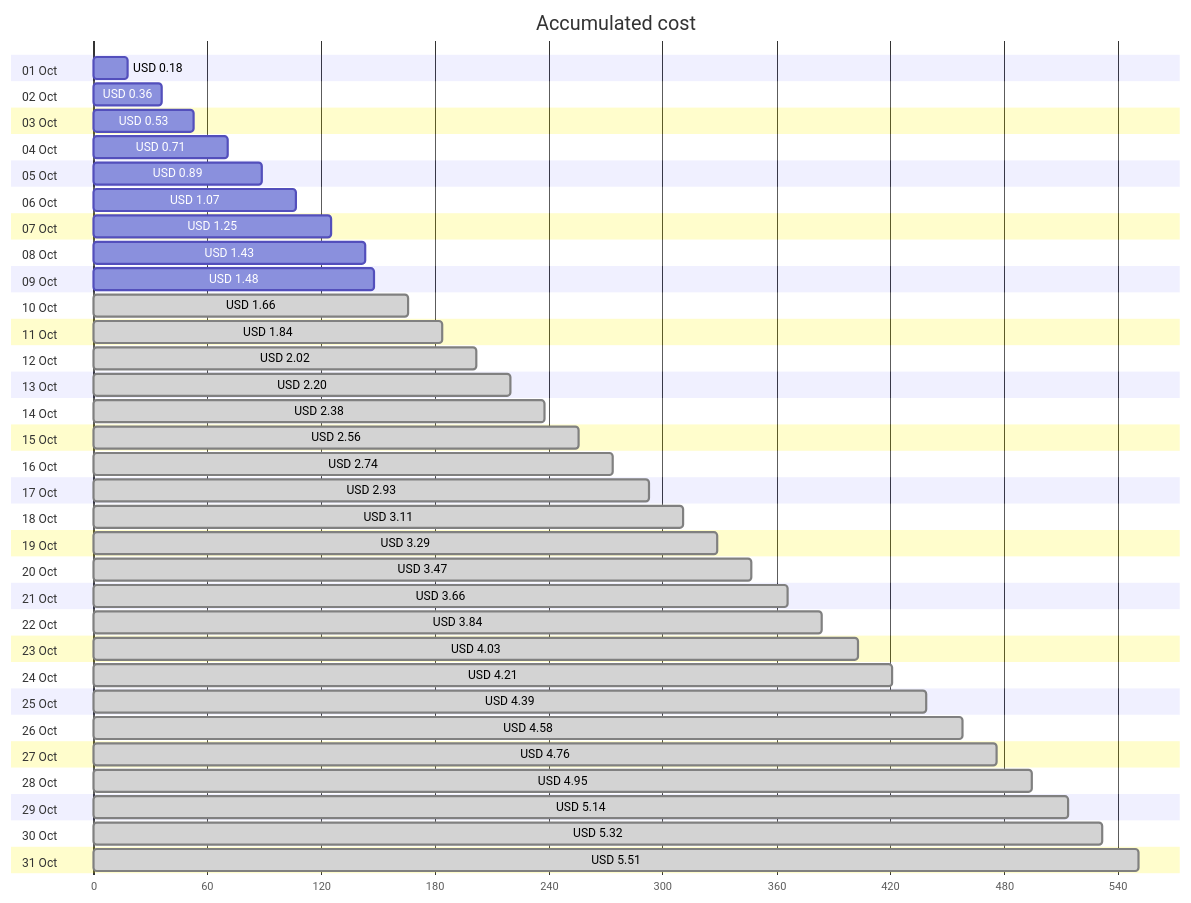
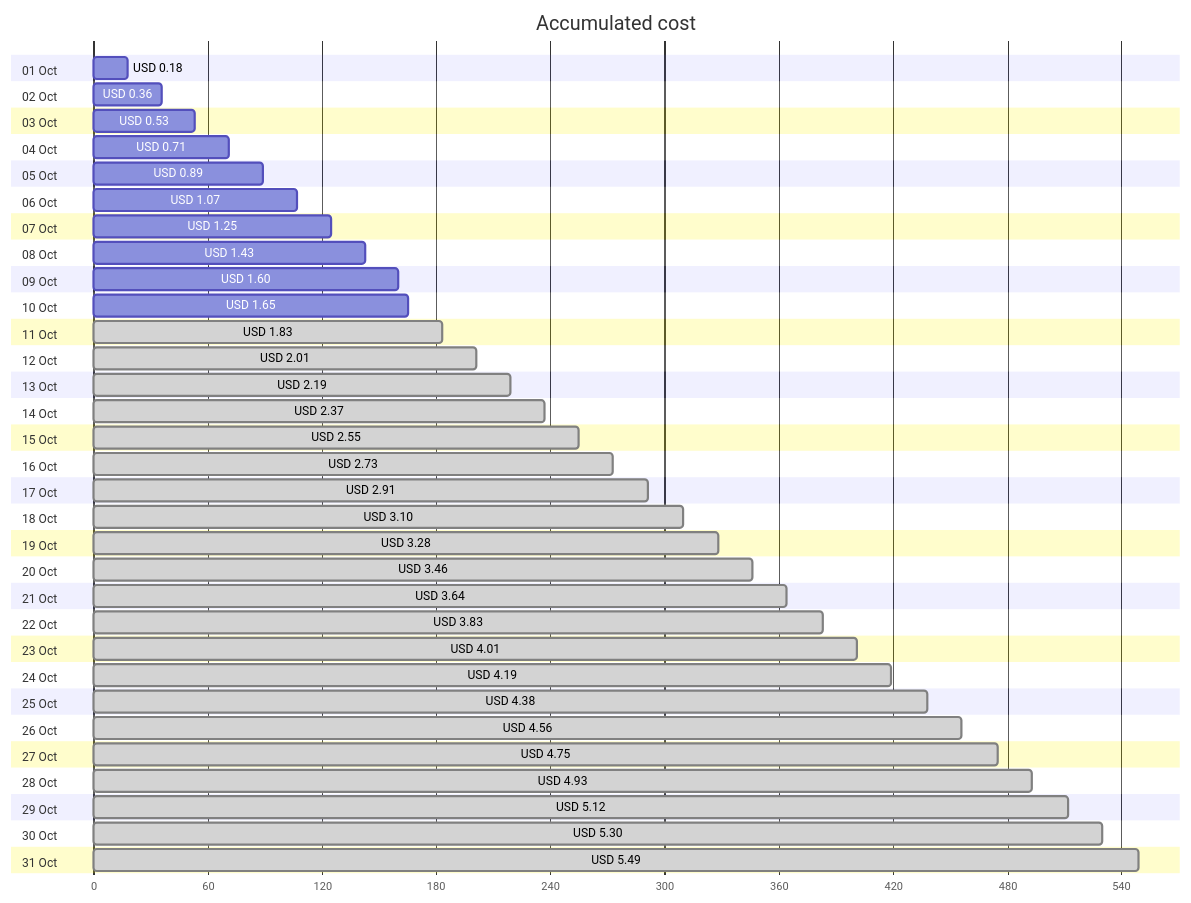
The first of 4 diagrams in cost-reports/personal-network/backup-server.md (jpfulton/azure-personal-reports), drawn with Mermaid before and after one commit. The commit also changed other lines of this file and 8 other files, not shown here.

````diff
--- a/cost-reports/personal-network/backup-server.md
+++ b/cost-reports/personal-network/backup-server.md
@@ -20,68 +20,68 @@
 ```mermaid
 gantt
    title Accumulated cost
    dateFormat  X
    axisFormat %s
    section 01 Oct
    USD 0.18 :0, 18
    section 02 Oct
    USD 0.36 :0, 36
    section 03 Oct
    USD 0.53 :0, 53
    section 04 Oct
    USD 0.71 :0, 71
    section 05 Oct
    USD 0.89 :0, 89
    section 06 Oct
    USD 1.07 :0, 107
    section 07 Oct
    USD 1.25 :0, 125
    section 08 Oct
    USD 1.43 :0, 143
    section 09 Oct
-   USD 1.48 :0, 148
+   USD 1.60 :0, 160
    section 10 Oct
-   USD 1.66 : done, 0, 166
+   USD 1.65 :0, 165
    section 11 Oct
-   USD 1.84 : done, 0, 184
+   USD 1.83 : done, 0, 183
    section 12 Oct
-   USD 2.02 : done, 0, 202
+   USD 2.01 : done, 0, 201
    section 13 Oct
-   USD 2.20 : done, 0, 220
+   USD 2.19 : done, 0, 219
    section 14 Oct
-   USD 2.38 : done, 0, 238
+   USD 2.37 : done, 0, 237
    section 15 Oct
-   USD 2.56 : done, 0, 256
+   USD 2.55 : done, 0, 255
    section 16 Oct
-   USD 2.74 : done, 0, 274
+   USD 2.73 : done, 0, 273
    section 17 Oct
-   USD 2.93 : done, 0, 293
+   USD 2.91 : done, 0, 291
    section 18 Oct
-   USD 3.11 : done, 0, 311
+   USD 3.10 : done, 0, 310
    section 19 Oct
-   USD 3.29 : done, 0, 329
+   USD 3.28 : done, 0, 328
    section 20 Oct
-   USD 3.47 : done, 0, 347
+   USD 3.46 : done, 0, 346
    section 21 Oct
-   USD 3.66 : done, 0, 366
+   USD 3.64 : done, 0, 364
    section 22 Oct
-   USD 3.84 : done, 0, 384
+   USD 3.83 : done, 0, 383
    section 23 Oct
-   USD 4.03 : done, 0, 403
+   USD 4.01 : done, 0, 401
    section 24 Oct
-   USD 4.21 : done, 0, 421
+   USD 4.19 : done, 0, 419
    section 25 Oct
-   USD 4.39 : done, 0, 439
+   USD 4.38 : done, 0, 438
    section 26 Oct
-   USD 4.58 : done, 0, 458
+   USD 4.56 : done, 0, 456
    section 27 Oct
-   USD 4.76 : done, 0, 476
+   USD 4.75 : done, 0, 475
    section 28 Oct
-   USD 4.95 : done, 0, 495
+   USD 4.93 : done, 0, 493
    section 29 Oct
-   USD 5.14 : done, 0, 514
+   USD 5.12 : done, 0, 512
    section 30 Oct
-   USD 5.32 : done, 0, 532
+   USD 5.30 : done, 0, 530
    section 31 Oct
-   USD 5.51 : done, 0, 551
+   USD 5.49 : done, 0, 549
 ```
````
